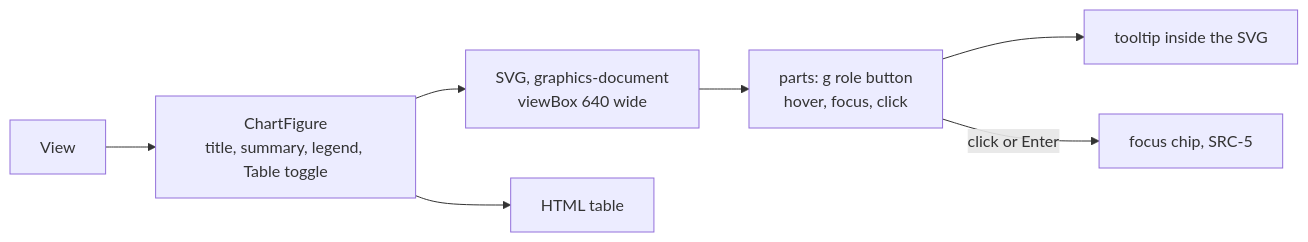
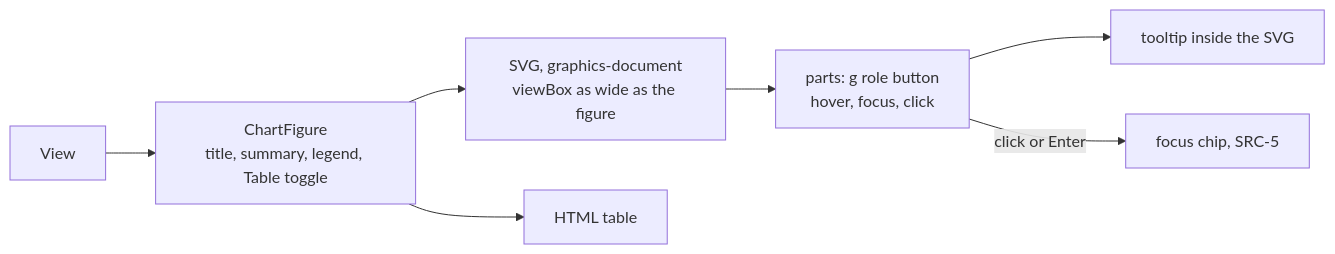
Before and after one commit to photom/benchside: the fourth of 4 diagrams in docs/explanation/dmarc-aggregate-design/ui.md, drawn with Mermaid. The commit also changed other lines of this file and 4 other files, not shown here.

First line of the commit message:
Keep chart text at 12 px on a phone (#50)

````diff
--- a/docs/explanation/dmarc-aggregate-design/ui.md
+++ b/docs/explanation/dmarc-aggregate-design/ui.md
@@ -190,9 +190,9 @@
 ```mermaid
 flowchart LR
   view[View] --> fig["ChartFigure<br/>title, summary, legend, Table toggle"]
-  fig --> svg["SVG, graphics-document<br/>viewBox 640 wide"]
+  fig --> svg["SVG, graphics-document<br/>viewBox as wide as the figure"]
   fig --> table[HTML table]
   svg --> parts["parts: g role button<br/>hover, focus, click"]
   parts --> tip["tooltip inside the SVG"]
   parts -->|click or Enter| focus["focus chip, SRC-5"]
 ```
````
